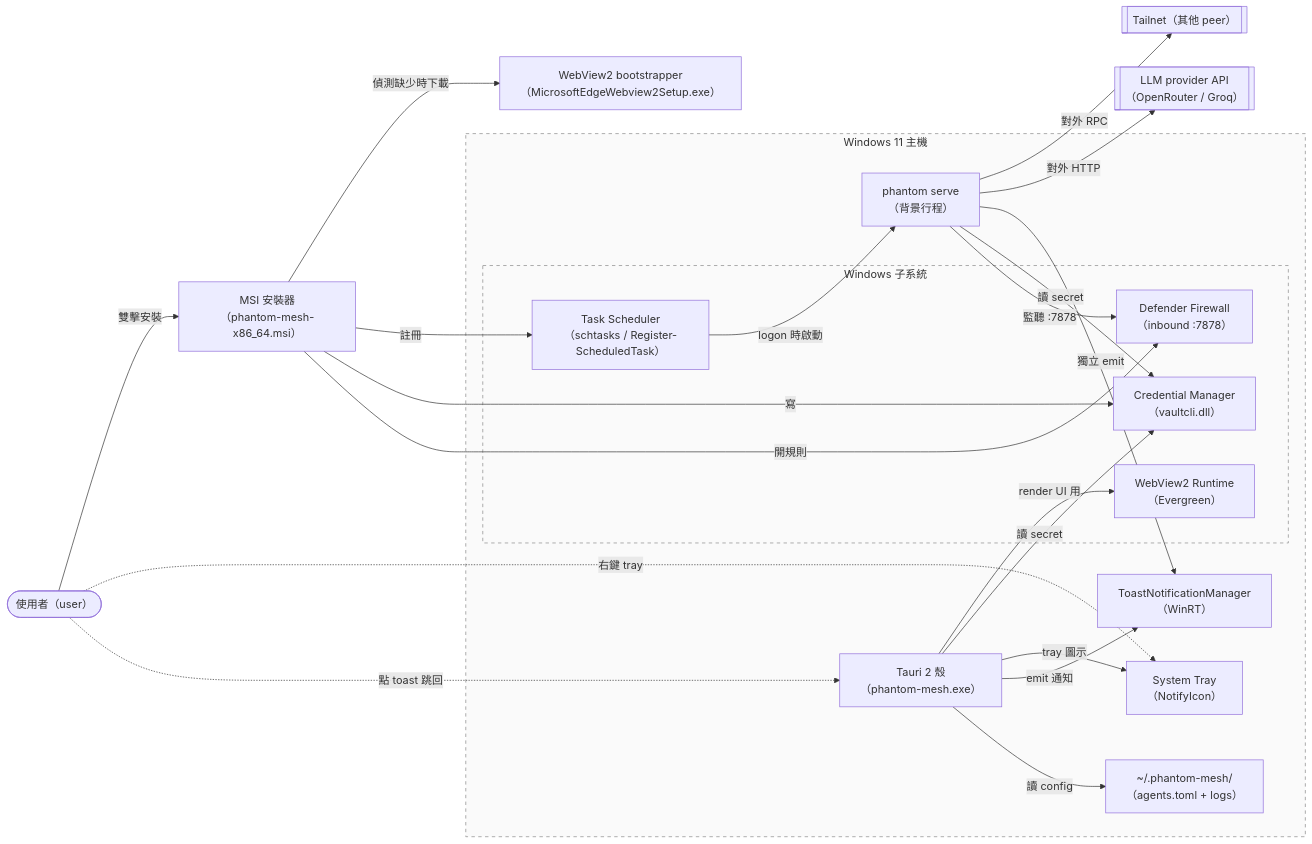
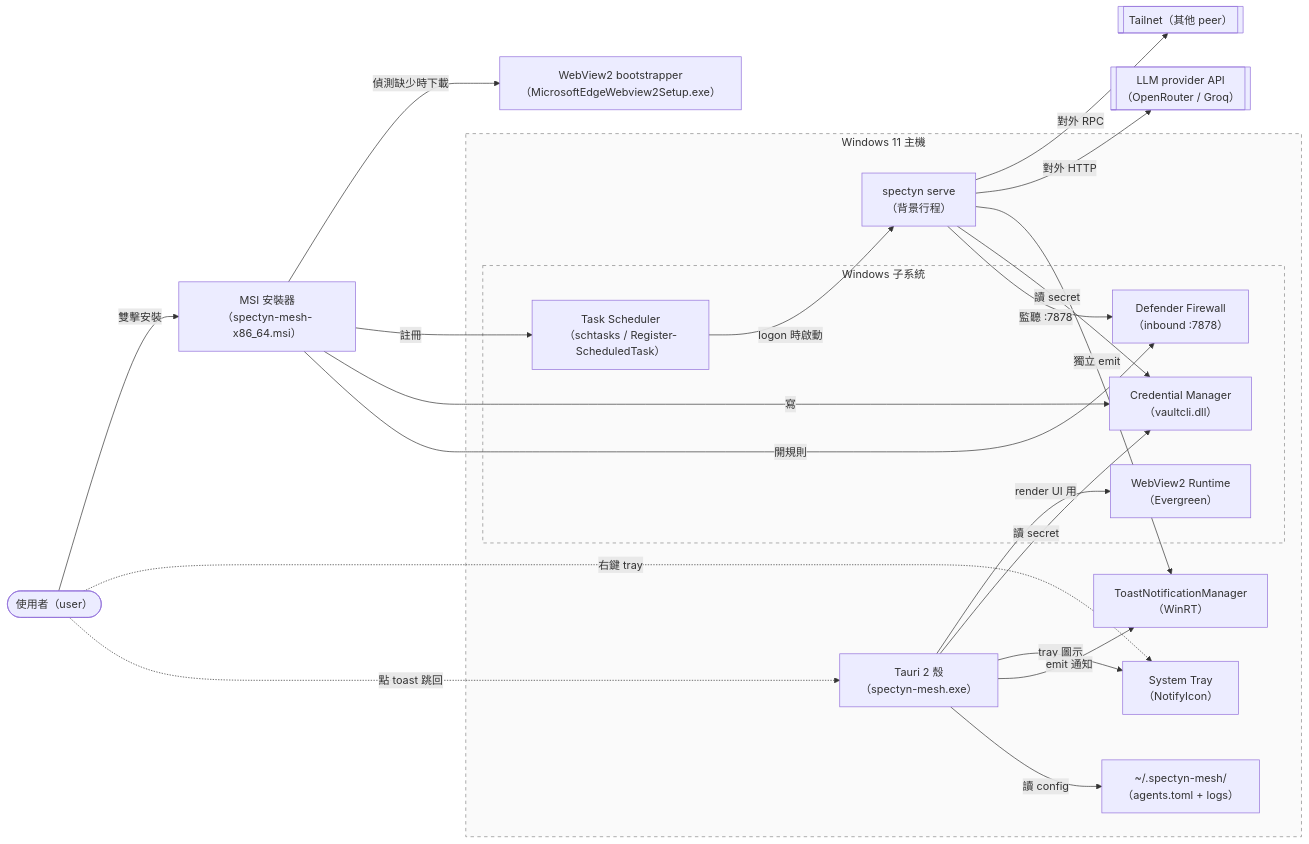
Before and after one commit to markl-a/phantom-mesh: the first of 3 diagrams in docs/spec/history/2026-05-30/deferred/SPEC-42-PLATFORM-Windows-foundations.md, drawn with Mermaid. The commit also changed other lines of this file and 1245 other files, not shown here.

First line of the commit message:
rename: phantom -> spectyn across the public tree

````diff
--- a/docs/spec/history/2026-05-30/deferred/SPEC-42-PLATFORM-Windows-foundations.md
+++ b/docs/spec/history/2026-05-30/deferred/SPEC-42-PLATFORM-Windows-foundations.md
@@ -187,50 +187,50 @@
 ```mermaid
 flowchart LR
     User(["使用者（user）"])
-    MSI["MSI 安裝器<br/>（phantom-mesh-x86_64.msi）"]
+    MSI["MSI 安裝器<br/>（spectyn-mesh-x86_64.msi）"]
     WV2BS["WebView2 bootstrapper<br/>（MicrosoftEdgeWebview2Setup.exe）"]
 
     subgraph WinHost["Windows 11 主機"]
-        TauriApp["Tauri 2 殼<br/>（phantom-mesh.exe）"]
-        PhantomServe["phantom serve<br/>（背景行程）"]
+        TauriApp["Tauri 2 殼<br/>（spectyn-mesh.exe）"]
+        SpectynServe["spectyn serve<br/>（背景行程）"]
         TrayIcon["System Tray<br/>（NotifyIcon）"]
         ToastMgr["ToastNotificationManager<br/>（WinRT）"]
 
         subgraph WinSubsys["Windows 子系統"]
             WebView2RT["WebView2 Runtime<br/>（Evergreen）"]
             CredMan["Credential Manager<br/>（vaultcli.dll）"]
             TaskSched["Task Scheduler<br/>（schtasks / Register-ScheduledTask）"]
             FwRule["Defender Firewall<br/>（inbound :7878）"]
         end
 
-        ConfigDir["~/.phantom-mesh/<br/>（agents.toml + logs）"]
+        ConfigDir["~/.spectyn-mesh/<br/>（agents.toml + logs）"]
     end
 
     Tailnet[["Tailnet（其他 peer）"]]
     LLMProv[["LLM provider API<br/>（OpenRouter / Groq）"]]
 
     User -- "雙擊安裝" --> MSI
     MSI -- "偵測缺少時下載" --> WV2BS
     MSI -- "註冊" --> TaskSched
     MSI -- "寫" --> CredMan
     MSI -- "開規則" --> FwRule
 
     TauriApp -- "render UI 用" --> WebView2RT
     TauriApp -- "tray 圖示" --> TrayIcon
     TauriApp -- "emit 通知" --> ToastMgr
     TauriApp -- "讀 secret" --> CredMan
     TauriApp -- "讀 config" --> ConfigDir
 
-    TaskSched -- "logon 時啟動" --> PhantomServe
-    PhantomServe -- "讀 secret" --> CredMan
-    PhantomServe -- "監聽 :7878" --> FwRule
-    PhantomServe -- "對外 RPC" --> Tailnet
-    PhantomServe -- "對外 HTTP" --> LLMProv
-    PhantomServe -- "獨立 emit" --> ToastMgr
+    TaskSched -- "logon 時啟動" --> SpectynServe
+    SpectynServe -- "讀 secret" --> CredMan
+    SpectynServe -- "監聽 :7878" --> FwRule
+    SpectynServe -- "對外 RPC" --> Tailnet
+    SpectynServe -- "對外 HTTP" --> LLMProv
+    SpectynServe -- "獨立 emit" --> ToastMgr
 
     User -. "右鍵 tray" .-> TrayIcon
     User -. "點 toast 跳回" .-> TauriApp
 
     classDef boundary stroke:#888,stroke-dasharray: 5 5,fill:#fafafa
     class WinHost,WinSubsys boundary
 ```
````
